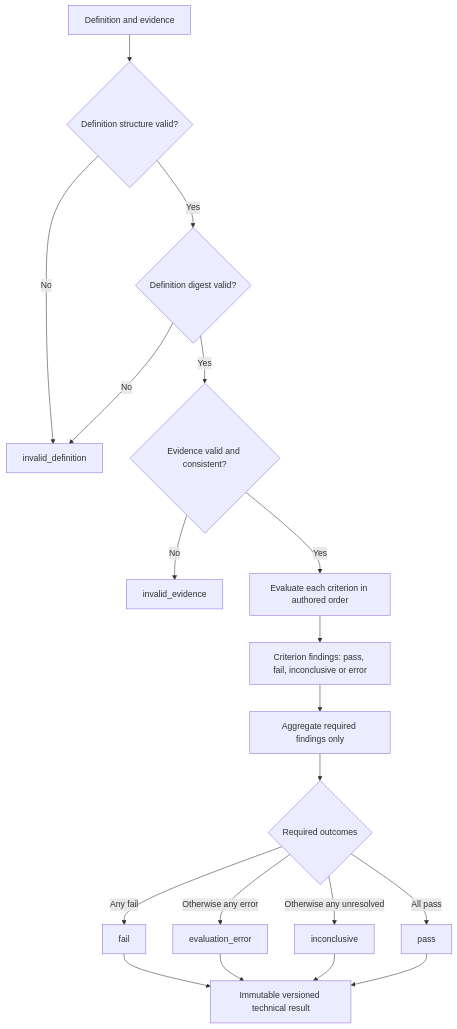
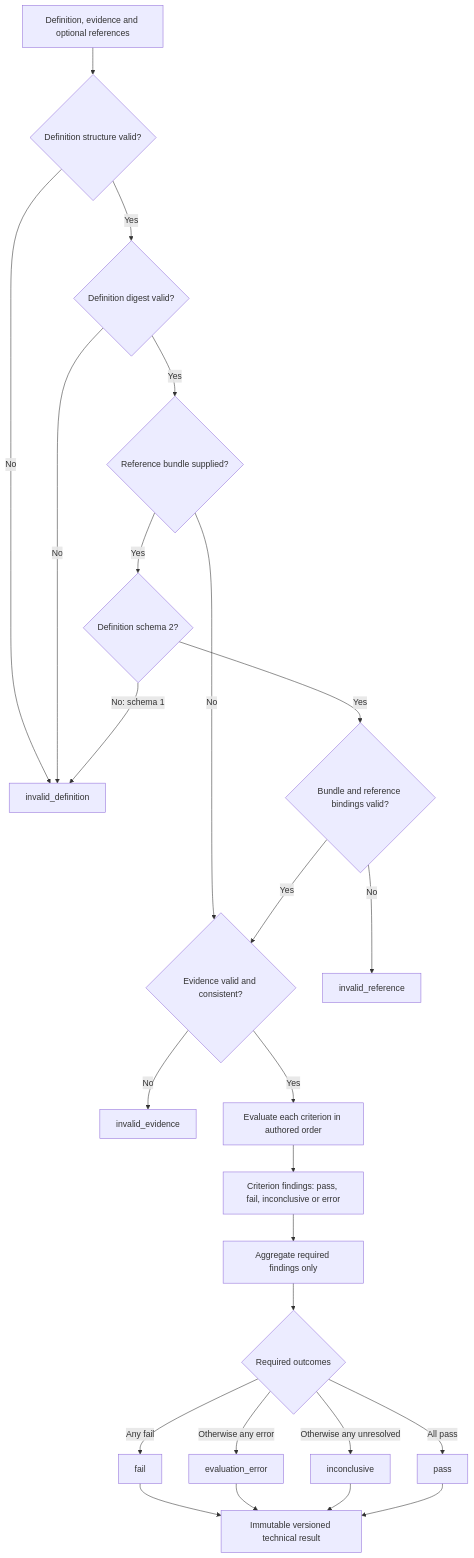
The second of 4 diagrams in README.md (0xbuffdev/assay), drawn with Mermaid before and after one commit. The commit also changed other lines of this file, not shown here.

Commit message:
docs(assay): show protected reference evaluation trust boundary

````diff
--- a/README.md
+++ b/README.md
@@ -63,21 +66,27 @@
 ```mermaid
 flowchart TD
-    Start["Definition and evidence"] --> Validate{"Definition structure valid?"}
+    Start["Definition, evidence and optional references"] --> Validate{"Definition structure valid?"}
     Validate -->|No| InvalidDefinition["invalid_definition"]
     Validate -->|Yes| Digest{"Definition digest valid?"}
     Digest -->|No| InvalidDefinition
-    Digest -->|Yes| EvidenceCheck{"Evidence valid and consistent?"}
+    Digest -->|Yes| Supplied{"Reference bundle supplied?"}
+    Supplied -->|No| EvidenceCheck{"Evidence valid and consistent?"}
+    Supplied -->|Yes| Schema{"Definition schema 2?"}
+    Schema -->|"No: schema 1"| InvalidDefinition
+    Schema -->|Yes| ReferenceCheck{"Bundle and reference bindings valid?"}
+    ReferenceCheck -->|No| InvalidReference["invalid_reference"]
+    ReferenceCheck -->|Yes| EvidenceCheck
     EvidenceCheck -->|No| InvalidEvidence["invalid_evidence"]
     EvidenceCheck -->|Yes| Compare["Evaluate each criterion in authored order"]
     Compare --> Findings["Criterion findings: pass, fail, inconclusive or error"]
     Findings --> Required["Aggregate required findings only"]
     Required --> Outcome{"Required outcomes"}
     Outcome -->|"Any fail"| Fail["fail"]
     Outcome -->|"Otherwise any error"| Error["evaluation_error"]
     Outcome -->|"Otherwise any unresolved"| Inconclusive["inconclusive"]
     Outcome -->|"All pass"| Pass["pass"]
     Fail --> Result["Immutable versioned technical result"]
     Error --> Result
     Inconclusive --> Result
     Pass --> Result
 ```
````
